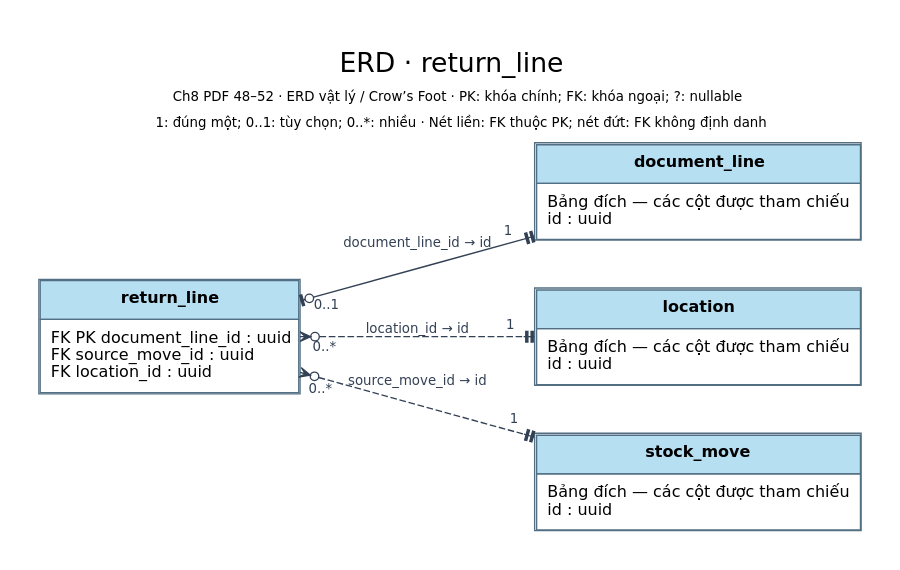
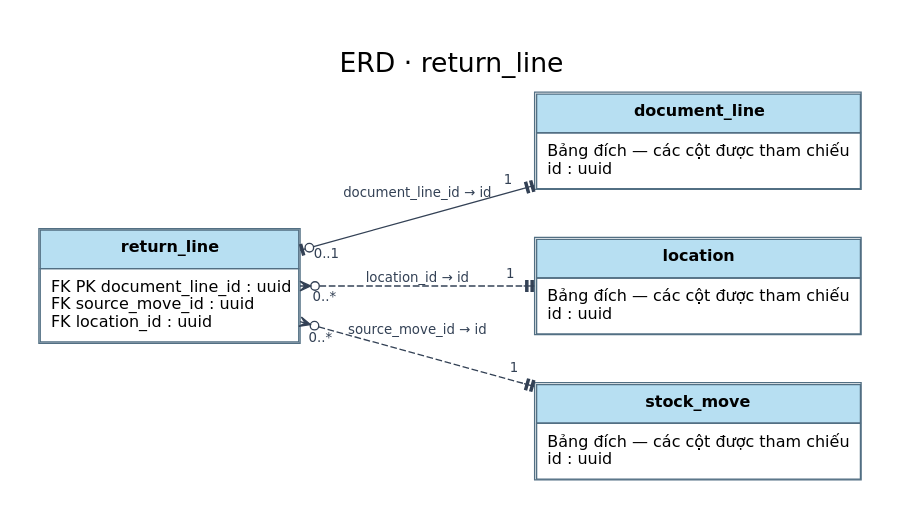
Before and after one commit to TEAM-DEV-FIVE/WMS_BA_2_0: the diagram in 03_So_do/Hien_hanh/dot/ERD_return_line.dot, drawn with Graphviz. The commit also changed 268 other files, not shown here.

Commit message:
docs: remove technical captions from current diagrams

```diff
--- a/03_So_do/Hien_hanh/dot/ERD_return_line.dot
+++ b/03_So_do/Hien_hanh/dot/ERD_return_line.dot
@@ -1,13 +1,13 @@
 digraph WMS {
 graph [rankdir=LR, bgcolor="white", nodesep=.5, ranksep=.9, pad=.3];
 node [shape=plain, fontname="DejaVu Sans", fontsize=12];
 edge [fontname="DejaVu Sans", fontsize=10, color="#334155", fontcolor="#334155", arrowsize=.8];
-label=<<TABLE BORDER="0" CELLBORDER="0" CELLPADDING="3"><TR><TD><FONT POINT-SIZE="20">ERD · return_line</FONT></TD></TR><TR><TD><FONT POINT-SIZE="10">Ch8 PDF 48–52 · ERD vật lý / Crow’s Foot · PK: khóa chính; FK: khóa ngoại; ?: nullable</FONT></TD></TR><TR><TD><FONT POINT-SIZE="10">1: đúng một; 0..1: tùy chọn; 0..*: nhiều · Nét liền: FK thuộc PK; nét đứt: FK không định danh</FONT></TD></TR></TABLE>>; labelloc=t; fontname="DejaVu Sans"; fontsize=16;
+label=<<TABLE BORDER="0" CELLBORDER="0" CELLPADDING="3"><TR><TD><FONT POINT-SIZE="20">ERD · return_line</FONT></TD></TR></TABLE>>; labelloc=t; fontname="DejaVu Sans"; fontsize=16;
 "return_line" [label=<<TABLE BORDER="1" CELLBORDER="1" CELLSPACING="0" CELLPADDING="7" COLOR="#526f83"><TR><TD BGCOLOR="#b7dff2"><B>return_line</B></TD></TR><TR><TD ALIGN="LEFT" BALIGN="LEFT">FK PK document_line_id : uuid<BR ALIGN="LEFT"/>FK source_move_id : uuid<BR ALIGN="LEFT"/>FK location_id : uuid</TD></TR></TABLE>>];
 "document_line" [label=<<TABLE BORDER="1" CELLBORDER="1" CELLSPACING="0" CELLPADDING="7" COLOR="#526f83"><TR><TD BGCOLOR="#b7dff2"><B>document_line</B></TD></TR><TR><TD ALIGN="LEFT" BALIGN="LEFT">Bảng đích — các cột được tham chiếu<BR ALIGN="LEFT"/>id : uuid</TD></TR></TABLE>>];
 "location" [label=<<TABLE BORDER="1" CELLBORDER="1" CELLSPACING="0" CELLPADDING="7" COLOR="#526f83"><TR><TD BGCOLOR="#b7dff2"><B>location</B></TD></TR><TR><TD ALIGN="LEFT" BALIGN="LEFT">Bảng đích — các cột được tham chiếu<BR ALIGN="LEFT"/>id : uuid</TD></TR></TABLE>>];
 "stock_move" [label=<<TABLE BORDER="1" CELLBORDER="1" CELLSPACING="0" CELLPADDING="7" COLOR="#526f83"><TR><TD BGCOLOR="#b7dff2"><B>stock_move</B></TD></TR><TR><TD ALIGN="LEFT" BALIGN="LEFT">Bảng đích — các cột được tham chiếu<BR ALIGN="LEFT"/>id : uuid</TD></TR></TABLE>>];
 "return_line" -> "document_line" [label="document_line_id → id", dir="both", arrowtail="teeodot", arrowhead="teetee", taillabel="0..1", headlabel="1", labeldistance="2", style="solid"];
 "return_line" -> "location" [label="location_id → id", dir="both", arrowtail="crowodot", arrowhead="teetee", taillabel="0..*", headlabel="1", labeldistance="2", style="dashed"];
 "return_line" -> "stock_move" [label="source_move_id → id", dir="both", arrowtail="crowodot", arrowhead="teetee", taillabel="0..*", headlabel="1", labeldistance="2", style="dashed"];
 }
```
